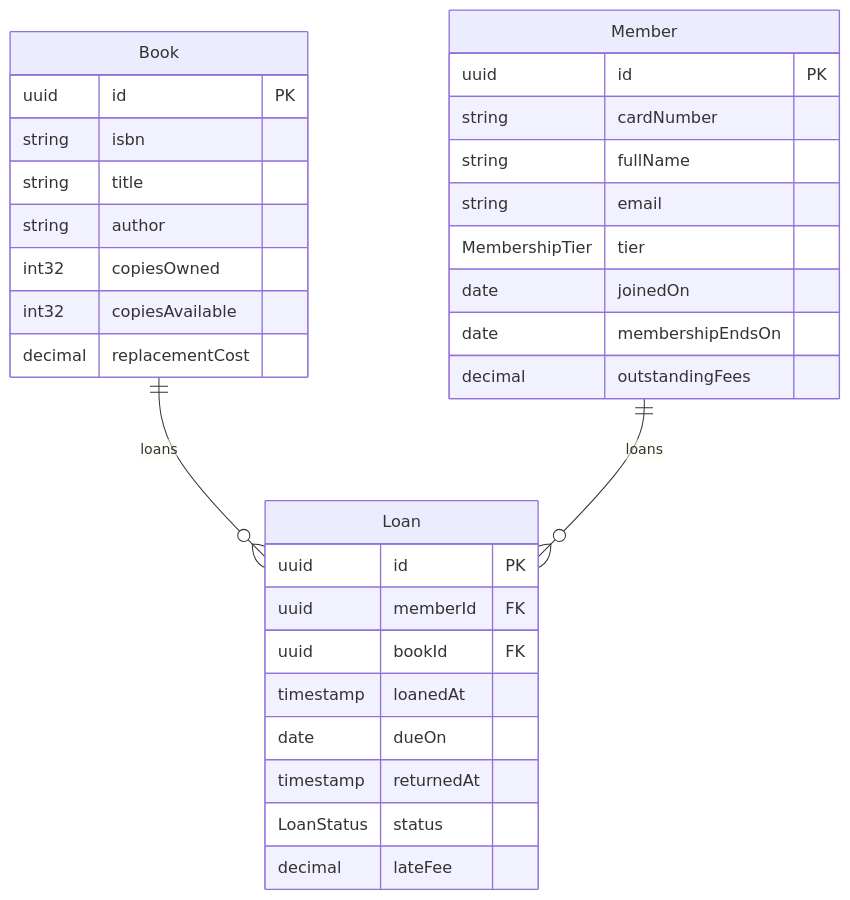
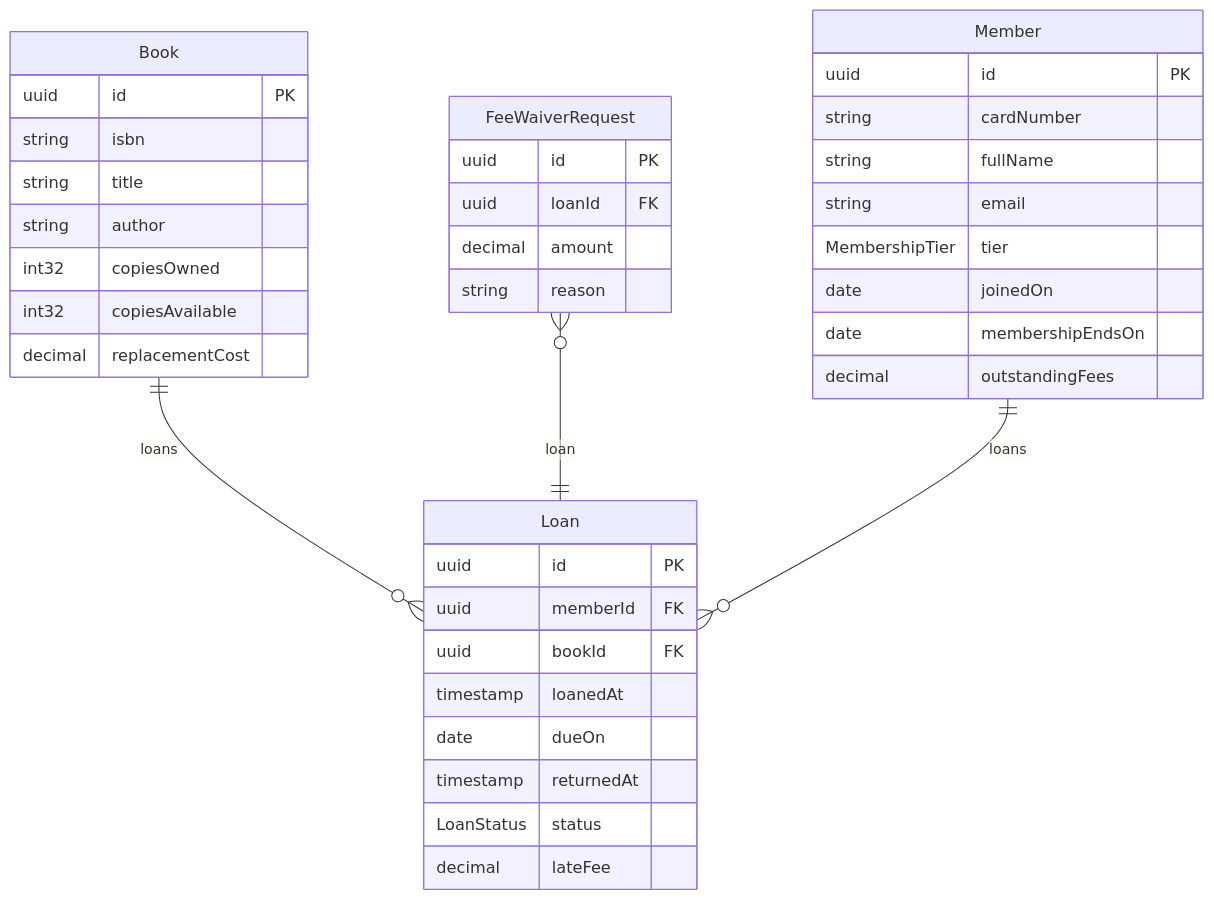
Before and after one commit to SpecArch/specarch: the second of 4 diagrams in examples/library-lending/spec/specarch.md, drawn with Mermaid. The commit also changed other lines of this file and 69 other files, not shown here.

````diff
--- a/examples/library-lending/spec/specarch.md
+++ b/examples/library-lending/spec/specarch.md
@@ -47,34 +47,41 @@
 ```mermaid
 erDiagram
   Book ||--o{ Loan : loans
+  FeeWaiverRequest }o--|| Loan : loan
   Member ||--o{ Loan : loans
   Book {
     uuid id PK
     string isbn
     string title
     string author
     int32 copiesOwned
     int32 copiesAvailable
     decimal replacementCost
+  }
+  FeeWaiverRequest {
+    uuid id PK
+    uuid loanId FK
+    decimal amount
+    string reason
   }
   Loan {
     uuid id PK
     uuid memberId FK
     uuid bookId FK
     timestamp loanedAt
     date dueOn
     timestamp returnedAt
     LoanStatus status
     decimal lateFee
   }
   Member {
     uuid id PK
     string cardNumber
     string fullName
     string email
     MembershipTier tier
     date joinedOn
     date membershipEndsOn
     decimal outstandingFees
   }
 ```
````
